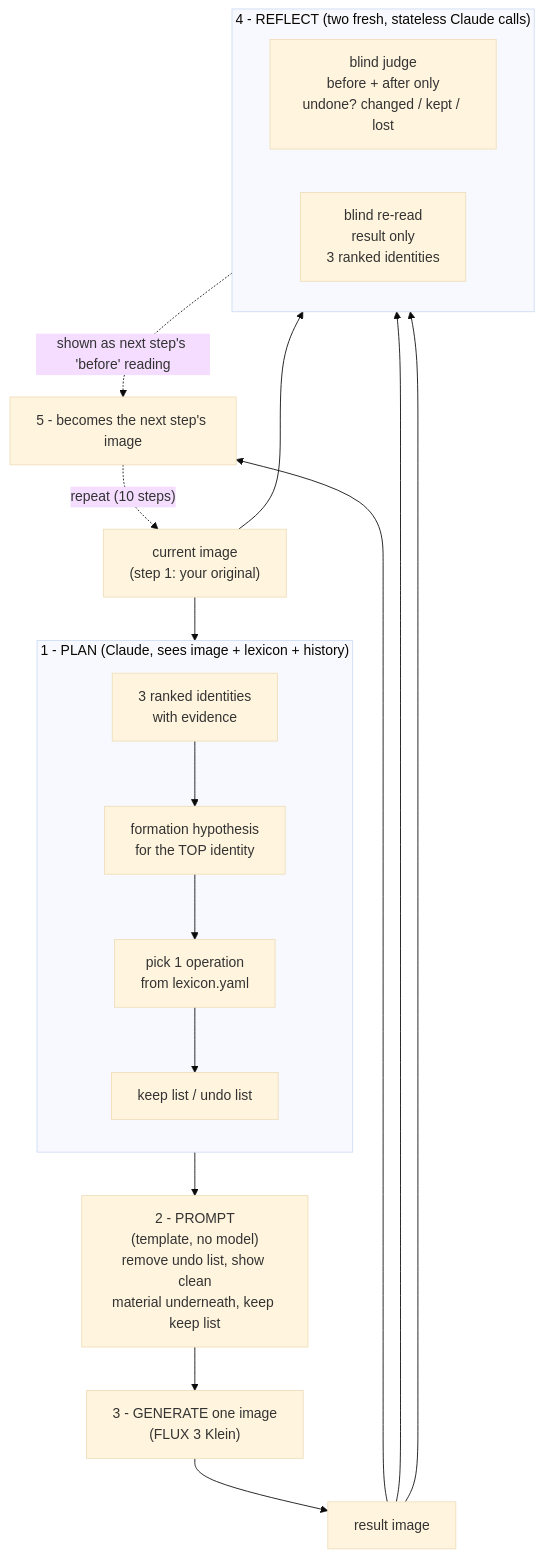
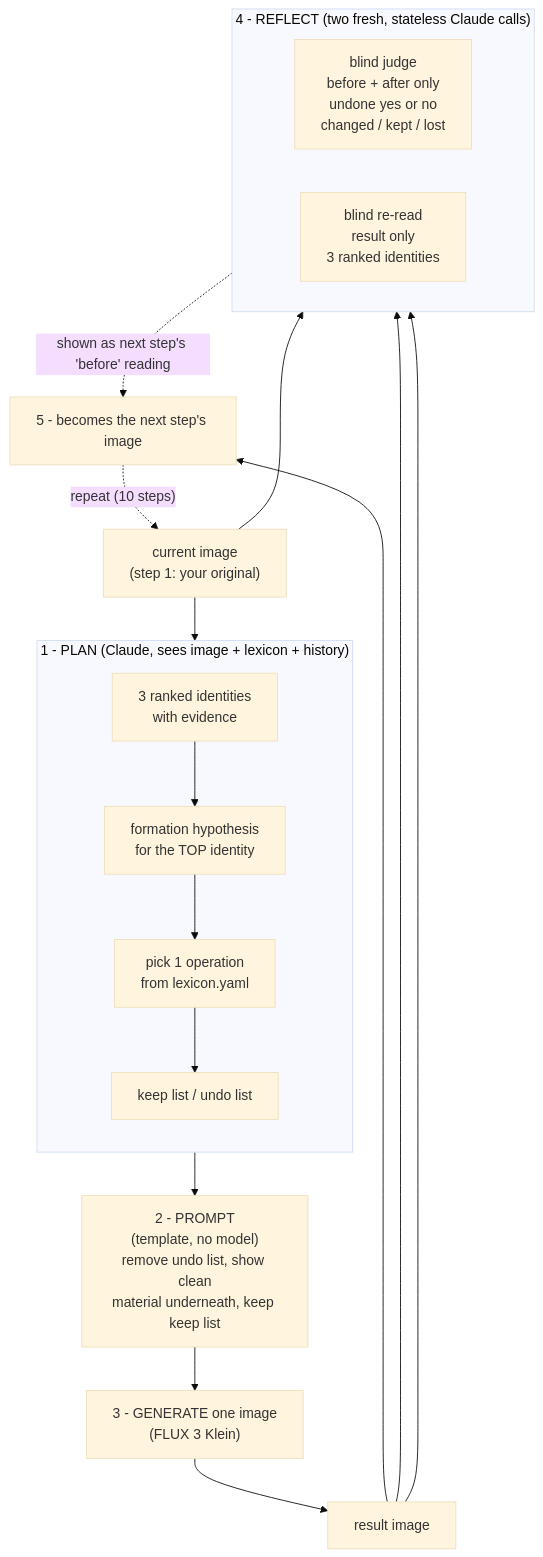
The first of 3 diagrams in docs/architecture.md (rbatra2000/backslash_art), drawn with Mermaid (base theme) before and after one commit. The commit also changed other lines of this file and 5 other files, not shown here.

````diff
--- a/docs/architecture.md
+++ b/docs/architecture.md
@@ -19,28 +19,28 @@
 ```mermaid
 flowchart TD
     IMG["current image<br/>(step 1: your original)"] --> PLAN
 
     subgraph PLAN["1 - PLAN (Claude, sees image + lexicon + history)"]
         direction TB
         R["3 ranked identities<br/>with evidence"] --> F["formation hypothesis<br/>for the TOP identity"]
         F --> OP["pick 1 operation<br/>from lexicon.yaml"]
         OP --> KA["keep list / undo list"]
     end
 
     PLAN --> PR["2 - PROMPT<br/>(template, no model)<br/>remove undo list, show clean<br/>material underneath, keep keep list"]
     PR --> GEN["3 - GENERATE one image<br/>(FLUX 3 Klein)"]
     GEN --> OUT["result image"]
 
     subgraph REFLECT["4 - REFLECT (two fresh, stateless Claude calls)"]
         direction LR
-        J["blind judge<br/>before + after only<br/>undone? changed / kept / lost"]
+        J["blind judge<br/>before + after only<br/>undone yes or no<br/>changed / kept / lost"]
         BR["blind re-read<br/>result only<br/>3 ranked identities"]
     end
 
     IMG --> J
     OUT --> J
     OUT --> BR
     OUT --> NEXT["5 - becomes the next step's image"]
     BR -. "shown as next step's 'before' reading" .-> NEXT
     NEXT -. "repeat (10 steps)" .-> IMG
 ```
````
